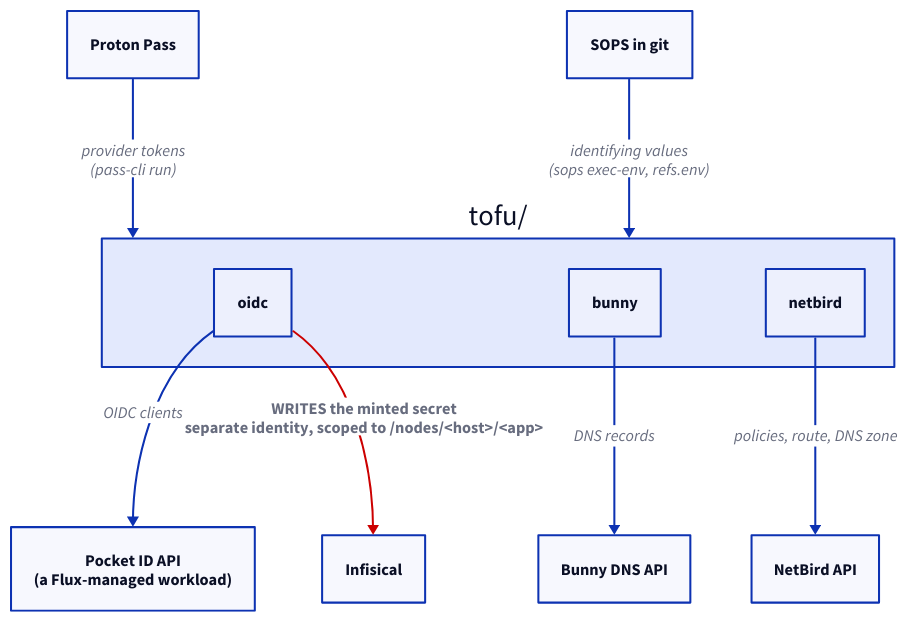
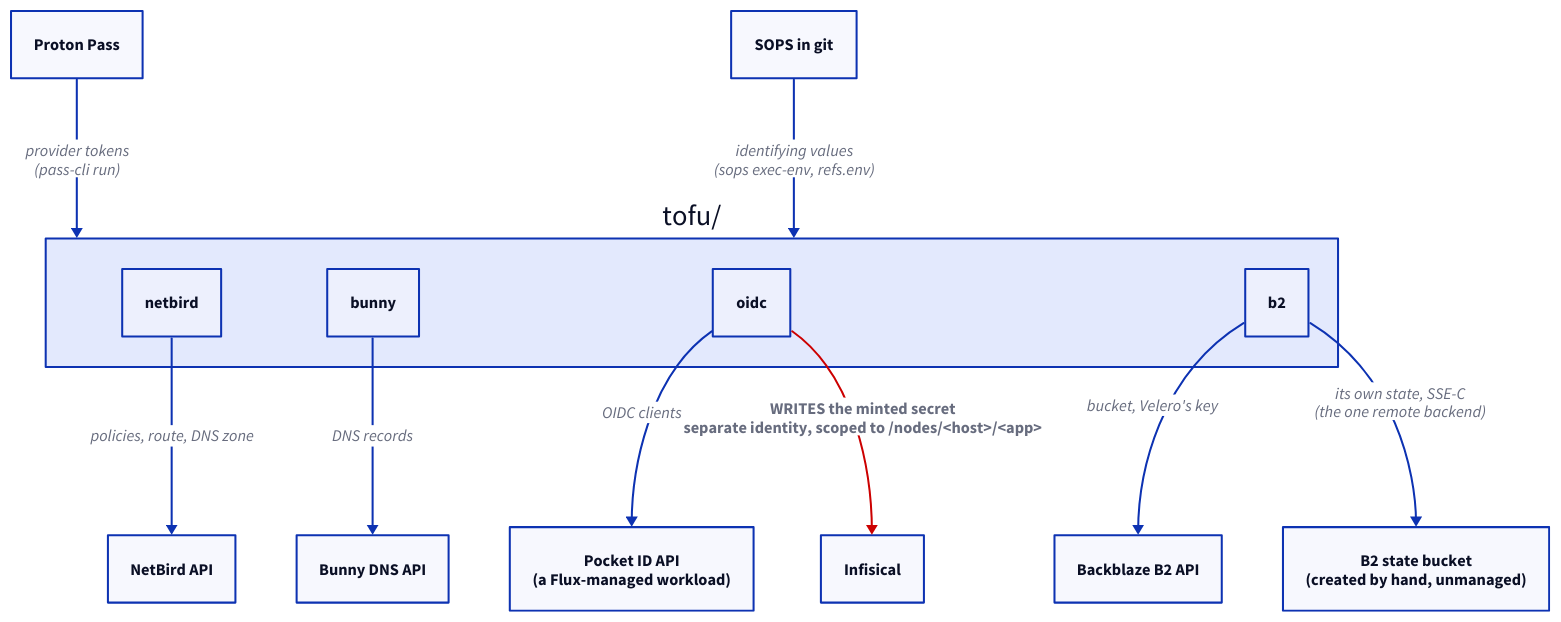
One commit to brewcoua/futhark changed the diagram in docs/src/tofu/index.md. Above: the diagram before and after it, drawn with D2. The commit also changed other lines of this file and 25 other files, not shown here.

````diff
--- a/docs/src/tofu/index.md
+++ b/docs/src/tofu/index.md
@@ -106,28 +120,33 @@
 ```d2
 direction: down
 
 pass: Proton Pass
 sops: SOPS in git
 infisical: Infisical
 
 modules: "tofu/" {
   bunny
   oidc
   netbird
+  b2
 }
 
 pass -> modules: provider tokens\n(pass-cli run)
 sops -> modules: identifying values\n(sops exec-env, refs.env)
 
 modules.bunny -> bunny-api: DNS records
 modules.netbird -> nb-api: policies, route, DNS zone
 modules.oidc -> pocketid: OIDC clients
+modules.b2 -> b2-api: bucket, Velero's key
+modules.b2 -> b2-state: "its own state, SSE-C\n(the one remote backend)"
 
 bunny-api: Bunny DNS API
 nb-api: NetBird API
 pocketid: "Pocket ID API\n(a Flux-managed workload)"
+b2-api: Backblaze B2 API
+b2-state: "B2 state bucket\n(created by hand, unmanaged)"
 
 modules.oidc -> infisical: "WRITES the minted secret\nseparate identity, scoped to /nodes/<host>/<app>" {
   style: { bold: true; stroke: "#c00" }
 }
 ```
````
